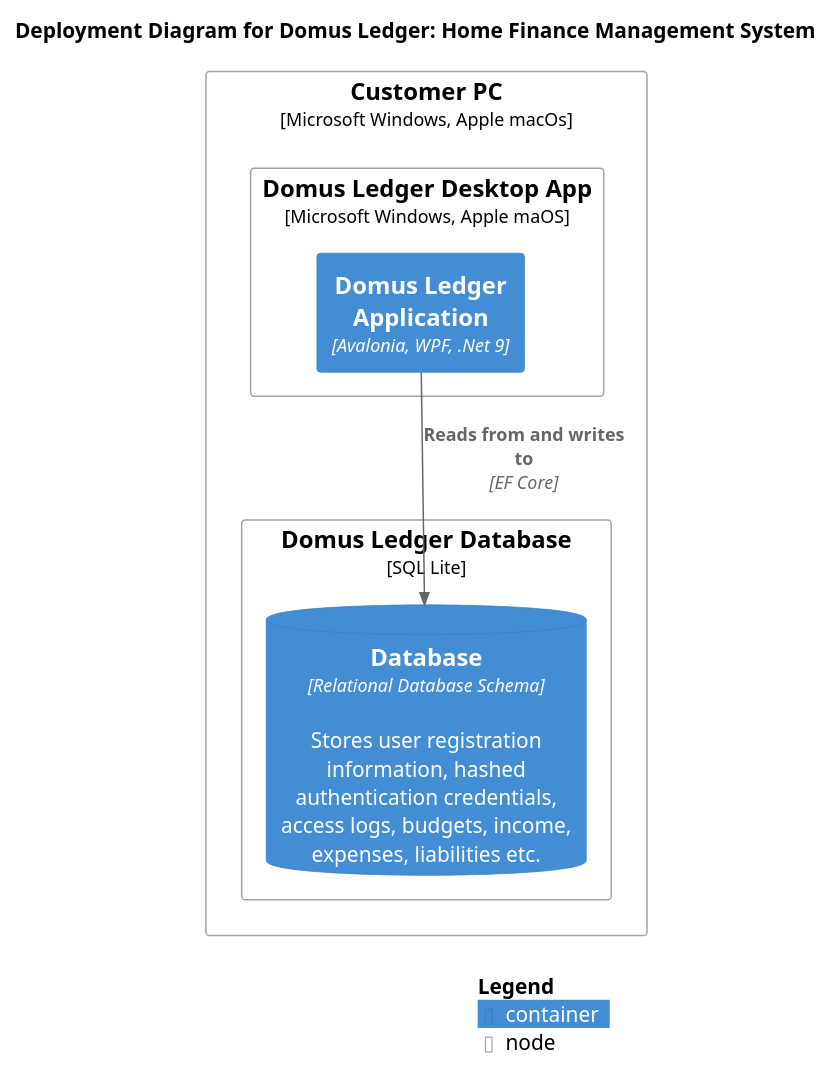
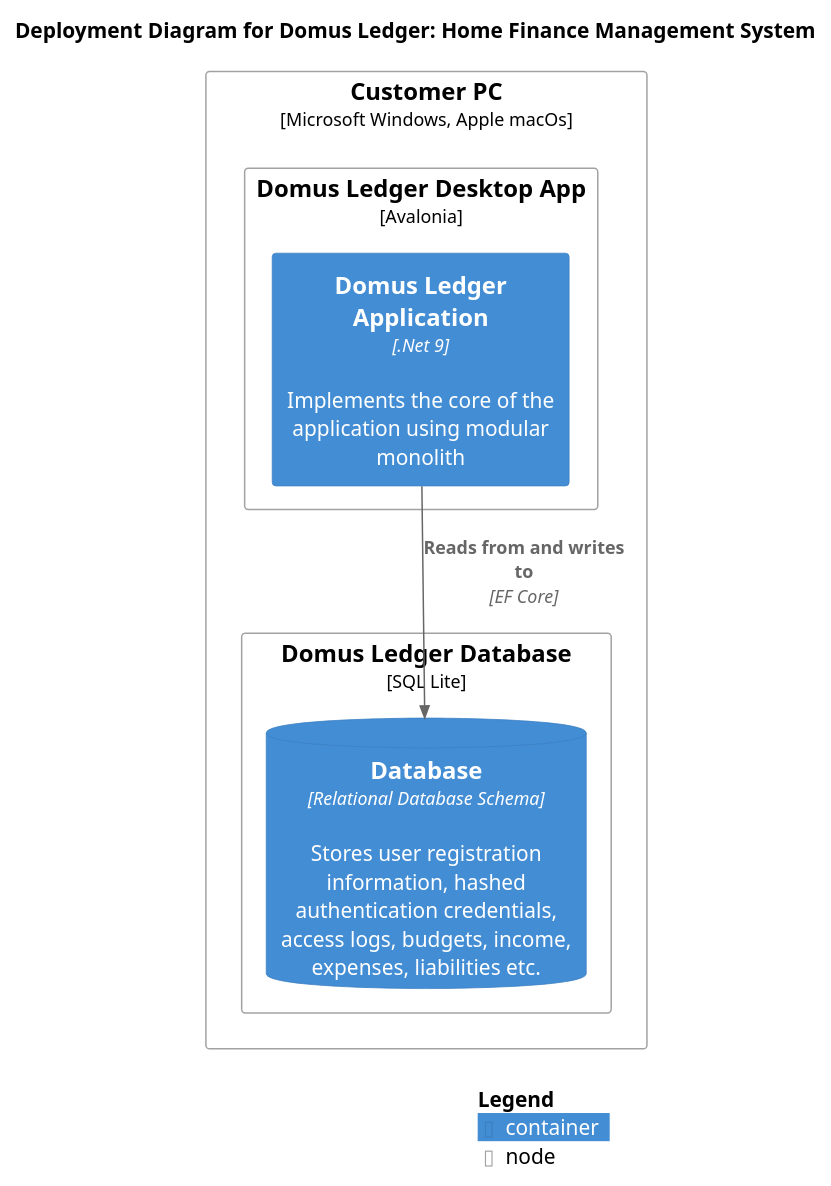
Before and after one commit to codidharma/domus-ledger: the diagram in docs/technical/C4/deployment.puml, drawn with PlantUML.

Commit message:
docs: change deployment diagram to add details

```diff
--- a/docs/technical/C4/deployment.puml
+++ b/docs/technical/C4/deployment.puml
@@ -1,22 +1,22 @@
 @startuml
 !include https://raw.githubusercontent.com/plantuml-stdlib/C4-PlantUML/master/C4_Deployment.puml
 
 title Deployment Diagram for Domus Ledger: Home Finance Management System
 
 Deployment_Node("PC", "Customer PC", "Microsoft Windows, Apple macOs"){
 
-Deployment_Node(app, "Domus Ledger Desktop App", "Microsoft Windows, Apple maOS"){
+Deployment_Node(app, "Domus Ledger Desktop App", "Avalonia"){
 
- Container("core", "Domus Ledger Application ", "Avalonia, WPF, .Net 9")
+ Container("core", "Domus Ledger Application ", ".Net 9", "Implements the core of the application using modular monolith")
 }
 Deployment_Node(sqllite, "Domus Ledger Database", "SQL Lite"){
             ContainerDb(db, "Database", "Relational Database Schema", "Stores user registration information, hashed authentication credentials, access logs, budgets, income, expenses, liabilities etc.")
         }
 }
 
 
 Rel(core, db, "Reads from and writes to", "EF Core")
 
 
 SHOW_LEGEND()
 @enduml
```
